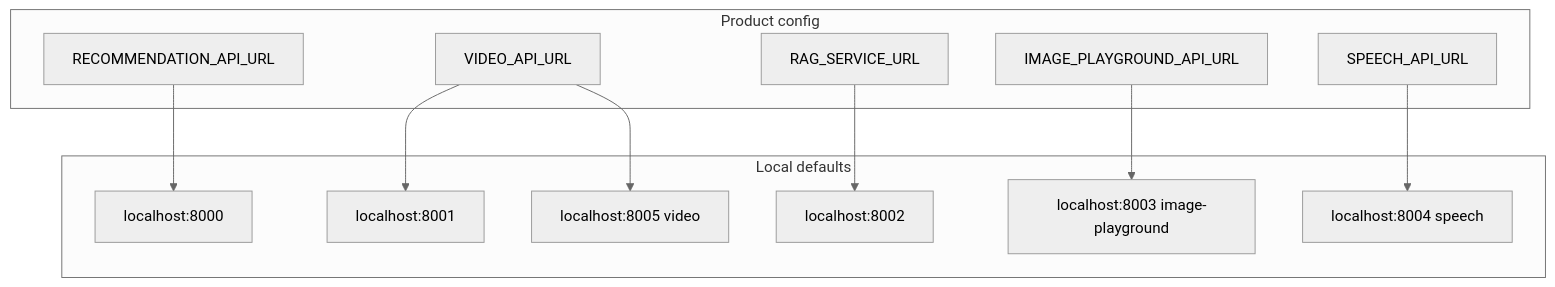
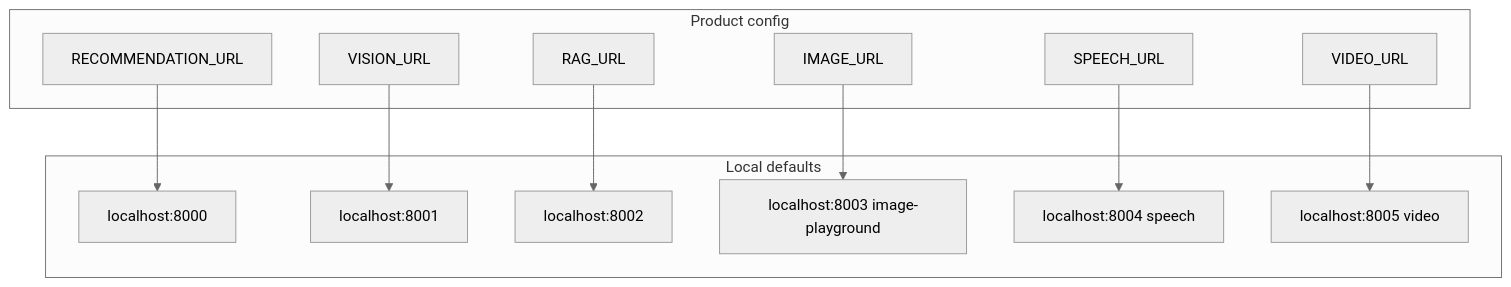
One commit to felixzhu97/explore-ml changed diagram 11 of 23 in docs/Guideline.md. Above: the diagram before and after it, drawn with Mermaid (neutral theme). The commit also changed other lines of this file and 5 other files, not shown here.

````diff
--- a/docs/Guideline.md
+++ b/docs/Guideline.md
@@ -237,25 +242,25 @@
 ```mermaid
 flowchart TB
   subgraph config [Product config]
-    R[RECOMMENDATION_API_URL]
-    V[VISION_SERVICE_URL]
-    G[RAG_SERVICE_URL]
-    I[IMAGE_PLAYGROUND_API_URL]
-    S[SPEECH_API_URL]
-    V[VIDEO_API_URL]
+    R[RECOMMENDATION_URL]
+    V[VISION_URL]
+    G[RAG_URL]
+    I[IMAGE_URL]
+    S[SPEECH_URL]
+    D[VIDEO_URL]
   end
   subgraph ports [Local defaults]
     P0[localhost:8000]
     P1[localhost:8001]
     P2[localhost:8002]
     P3[localhost:8003 image-playground]
     P4[localhost:8004 speech]
     P5[localhost:8005 video]
   end
   R --> P0
   V --> P1
   G --> P2
   I --> P3
-    S --> P4
-    V --> P5
+  S --> P4
+  D --> P5
 ```
````
